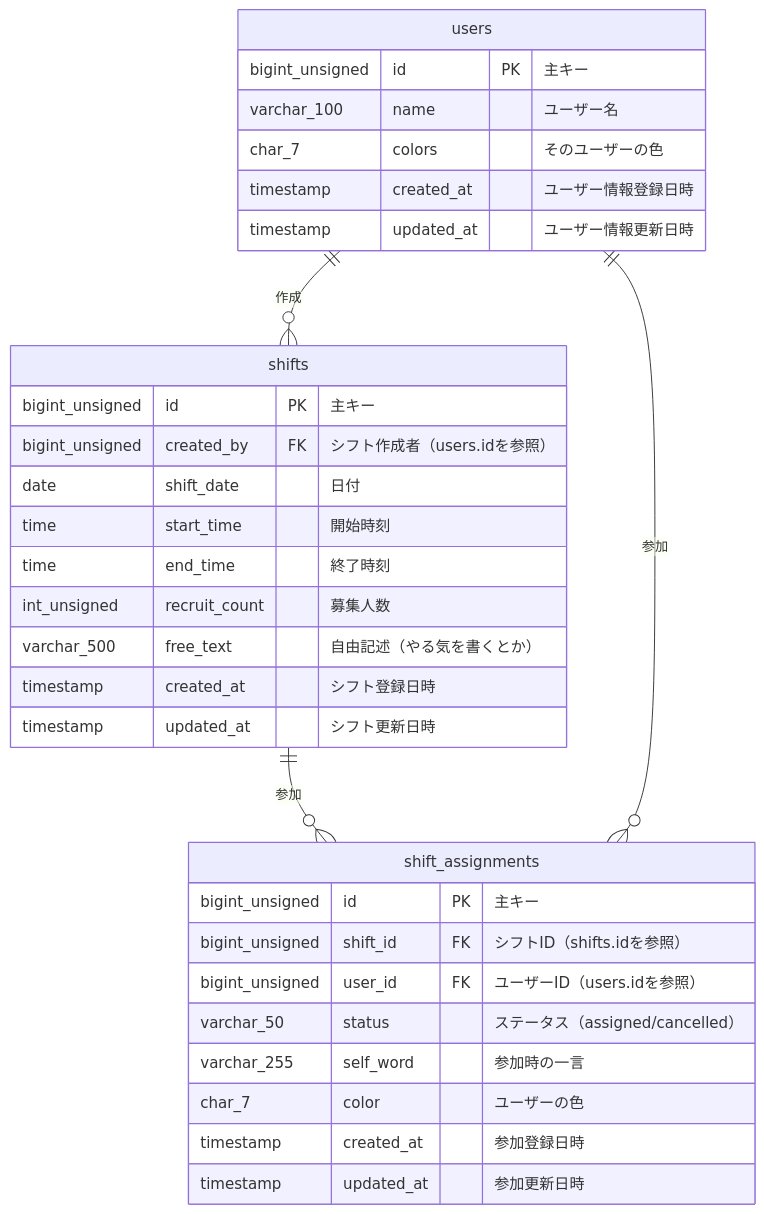
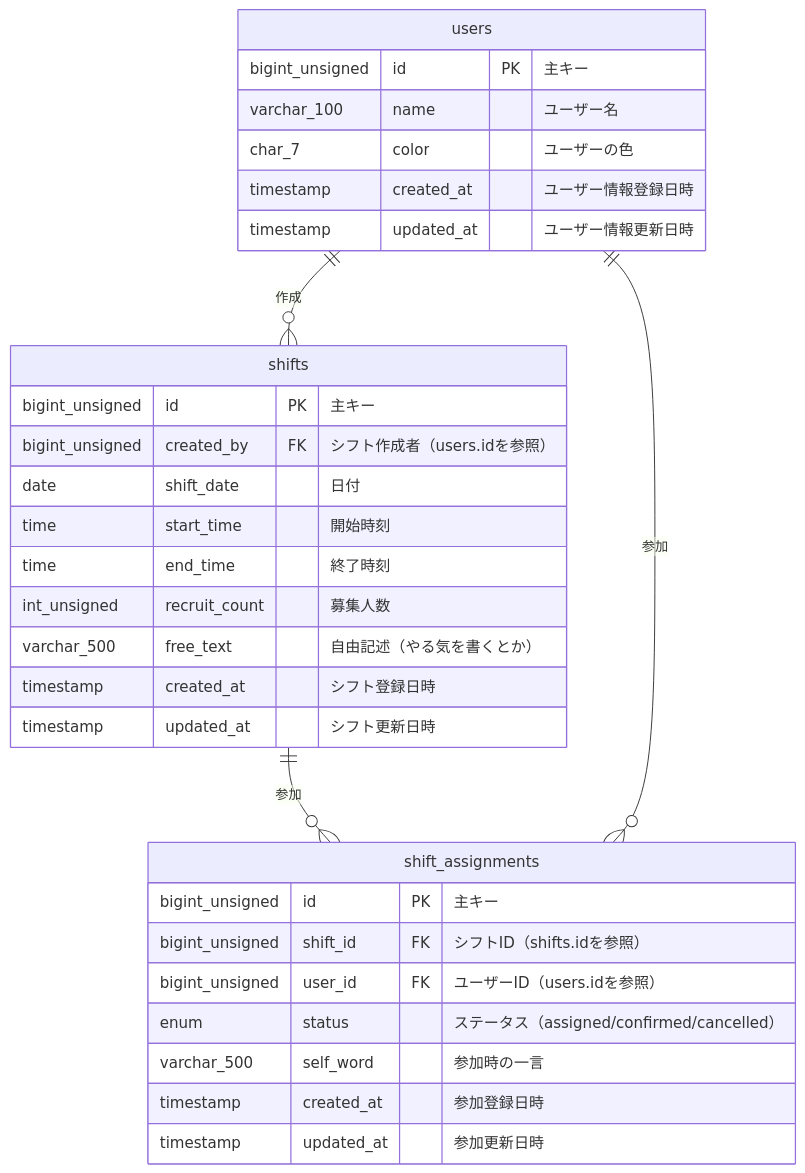
One commit to saitoumichi/shiftboard changed the diagram in README.md. Above: the diagram before and after it, drawn with Mermaid. The commit also changed 4 other files, not shown here.

````diff
--- a/README.md
+++ b/README.md
@@ -20,37 +20,36 @@
 ```mermaid
 erDiagram
     users {
         bigint_unsigned id PK "主キー"
         varchar_100 name "ユーザー名"
-        char_7 colors "そのユーザーの色"
+        char_7 color "ユーザーの色"
         timestamp created_at "ユーザー情報登録日時"
         timestamp updated_at "ユーザー情報更新日時"
     }
     
     shifts {
         bigint_unsigned id PK "主キー"
         bigint_unsigned created_by FK "シフト作成者（users.idを参照）"
         date shift_date "日付"
         time start_time "開始時刻"
         time end_time "終了時刻"
         int_unsigned recruit_count "募集人数"
         varchar_500 free_text "自由記述（やる気を書くとか）"
         timestamp created_at "シフト登録日時"
         timestamp updated_at "シフト更新日時"
     }
     
     shift_assignments {
         bigint_unsigned id PK "主キー"
         bigint_unsigned shift_id FK "シフトID（shifts.idを参照）"
         bigint_unsigned user_id FK "ユーザーID（users.idを参照）"
-        varchar_50 status "ステータス（assigned/cancelled）"
-        varchar_255 self_word "参加時の一言"
-        char_7 color "ユーザーの色"
+        enum status "ステータス（assigned/confirmed/cancelled）"
+        varchar_500 self_word "参加時の一言"
         timestamp created_at "参加登録日時"
         timestamp updated_at "参加更新日時"
     }
     
     users ||--o{ shifts : "作成"
     shifts ||--o{ shift_assignments : "参加"
     users ||--o{ shift_assignments : "参加"
 ```
````
